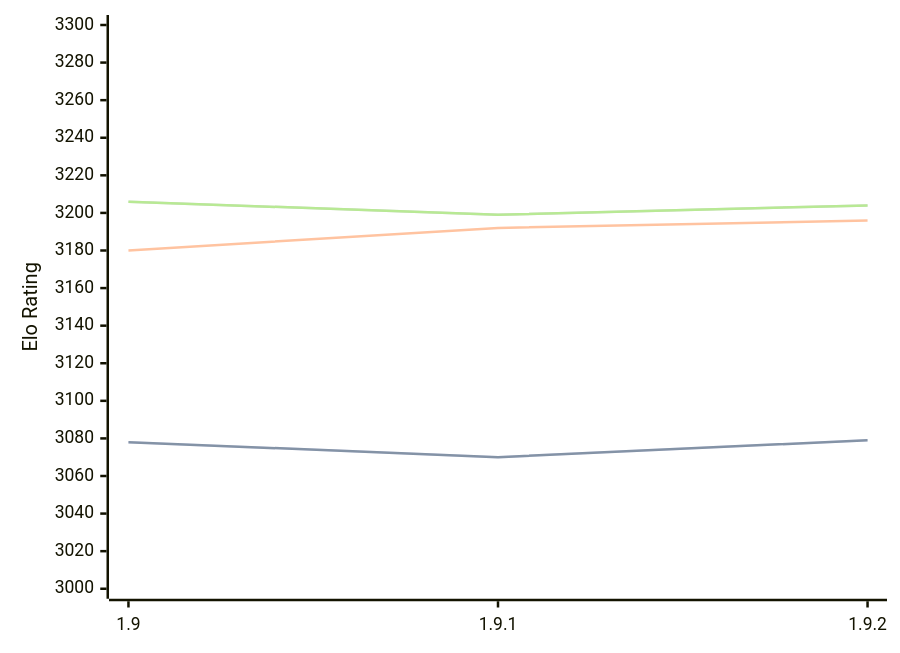
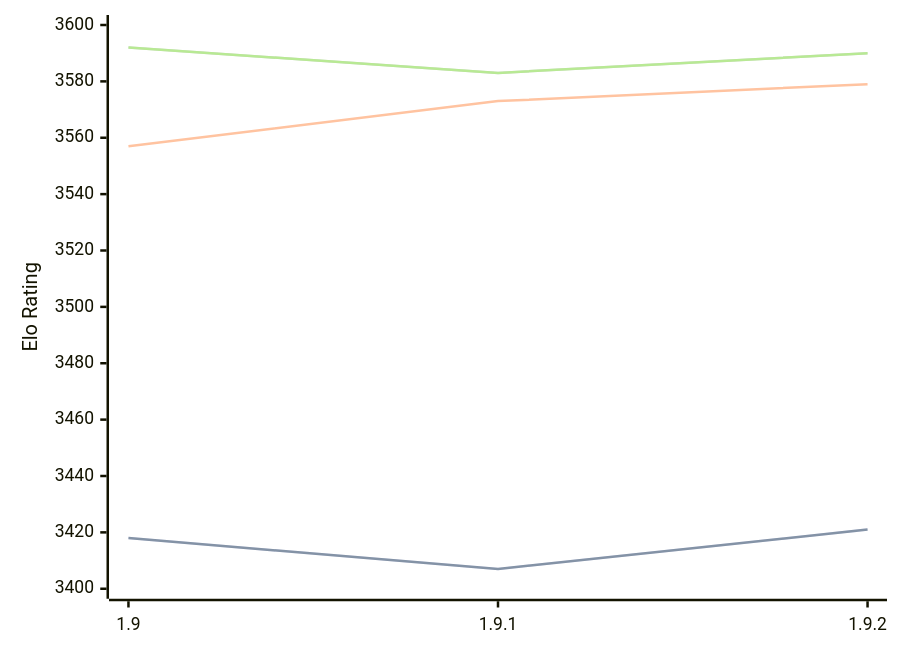
Before and after one commit to computer-chess-index/cci: the diagram in engines/Pawnocchio.md, drawn with Mermaid. The commit also changed other lines of this file, not shown here.

Commit message:
Update CCI Ratings (ELO VLTC) - 2026-02-24

````diff
--- a/engines/Pawnocchio.md
+++ b/engines/Pawnocchio.md
@@ -45,11 +46,11 @@
 ```mermaid
 %%{init: {"theme":"base","themeVariables":{"seriesColors:['#a3a3a3','#222221','#faa371']}}}%%
 xychart-beta
   x-axis ["1.9", "1.9.1", "1.9.2"]
-  y-axis "Elo Rating" 3000 --> 3300
-  line "STC (8.0+0.08s)" [3078, 3070, 3079]
-  line "STC (8.0+0.08s)" [3078, 3070, 3079]
-  line "LTC (60.0+0.60s)" [3180, 3192, 3196]
-  line "VLTC (2m24s+1.12s)" [3206, 3199, 3204]
-  line "VLTC (2m24s+1.12s)" [3206, 3199, 3204]
+  y-axis "Elo Rating" 3400 --> 3600
+  line "STC (8.0+0.08s)" [3418, 3407, 3421]
+  line "STC (8.0+0.08s)" [3418, 3407, 3421]
+  line "LTC (60.0+0.60s)" [3557, 3573, 3579]
+  line "VLTC (2m24s+1.12s)" [3592, 3583, 3590]
+  line "VLTC (2m24s+1.12s)" [3592, 3583, 3590]
 ```
````
